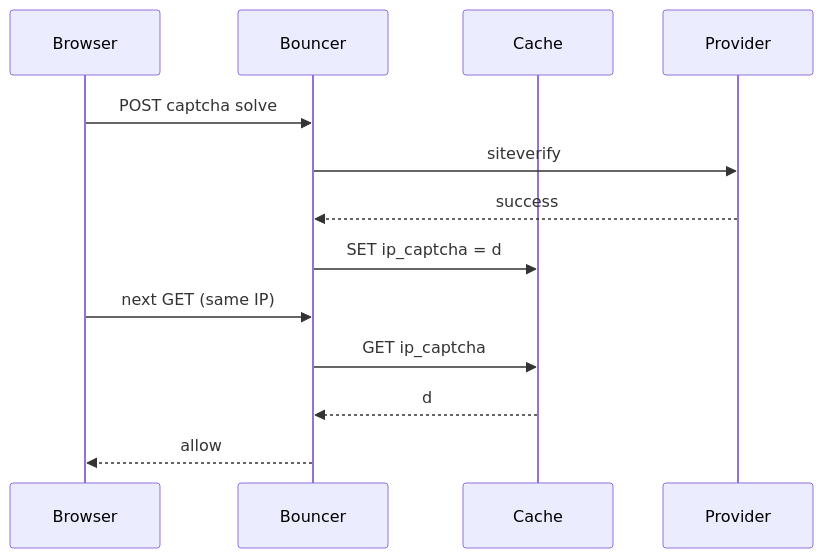
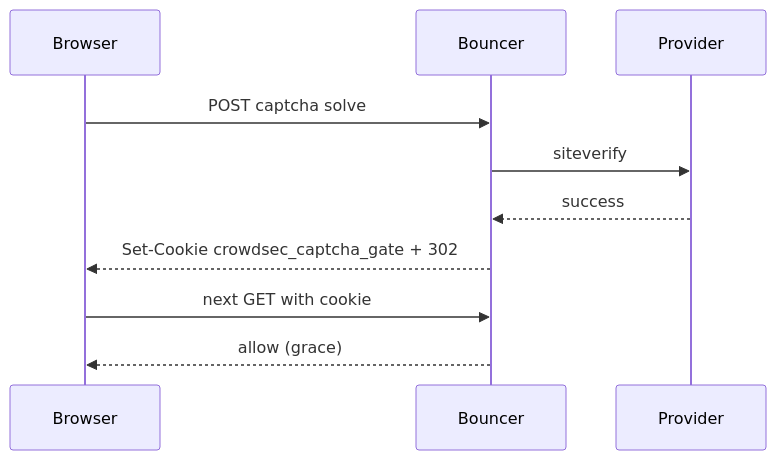
The diagram in devstate/2026/09/2026-09-17-captcha-stateless-gate/card-body.md (david-garcia-garcia/crowdsec-bouncer-traefik-plugin), drawn with Mermaid before and after one commit. The commit also changed other lines of this file and 9 other files, not shown here.

````diff
--- a/devstate/2026/09/2026-09-17-captcha-stateless-gate/card-body.md
+++ b/devstate/2026/09/2026-09-17-captcha-stateless-gate/card-body.md
@@ -15,15 +15,12 @@
 ```mermaid
 sequenceDiagram
   participant Browser
   participant Bouncer
-  participant Cache
   participant Provider
   Browser->>Bouncer: POST captcha solve
   Bouncer->>Provider: siteverify
   Provider-->>Bouncer: success
-  Bouncer->>Cache: SET ip_captcha = d
-  Browser->>Bouncer: next GET (same IP)
-  Bouncer->>Cache: GET ip_captcha
-  Cache-->>Bouncer: d
-  Bouncer-->>Browser: allow
+  Bouncer-->>Browser: Set-Cookie crowdsec_captcha_gate + 302
+  Browser->>Bouncer: next GET with cookie
+  Bouncer-->>Browser: allow (grace)
 ```
````
